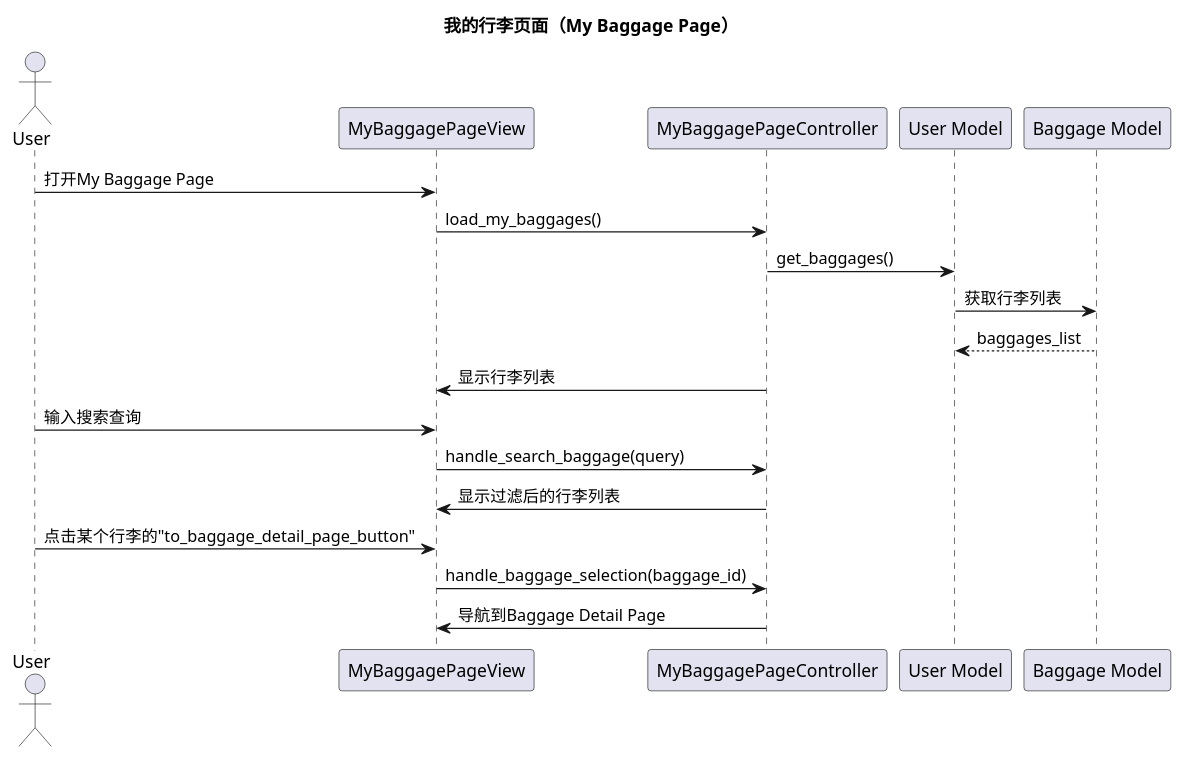
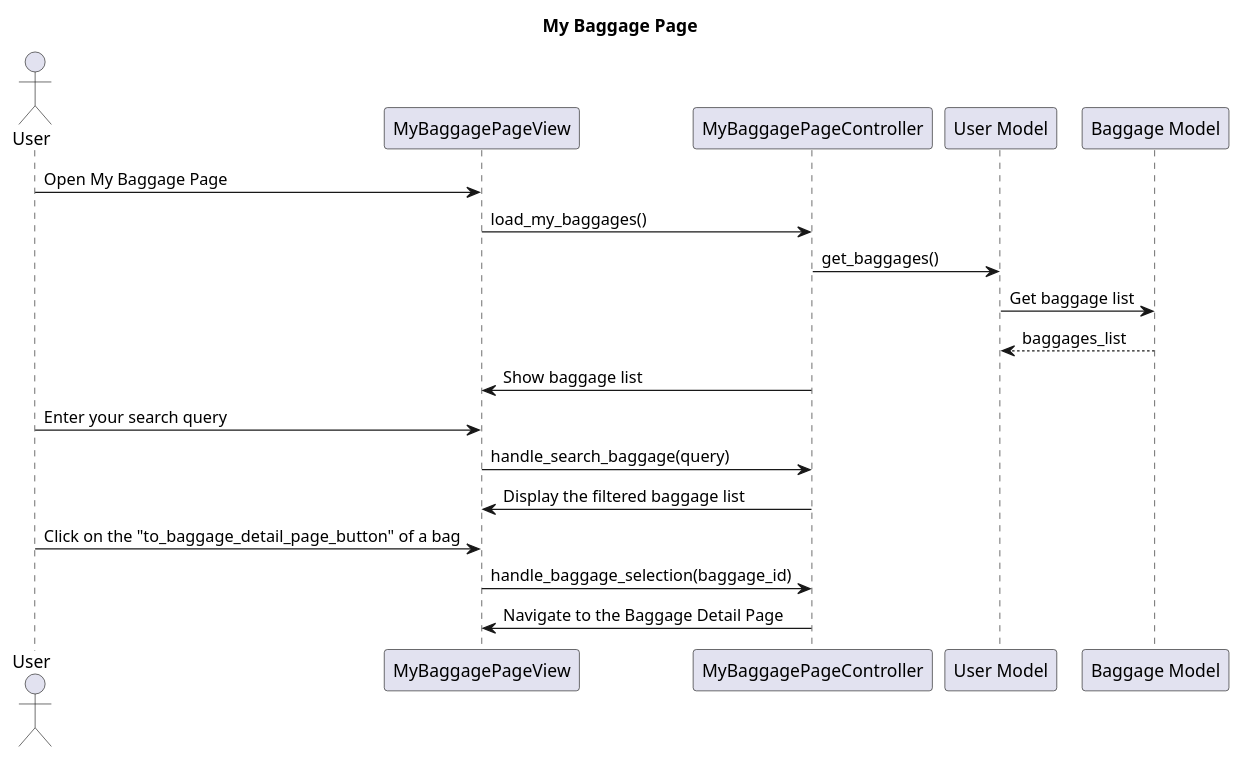
Diagram 13 of 16 in planning/class_diagrams.md (violeteye1234/group23_COMPS350F), drawn with PlantUML before and after one commit. The commit also changed other lines of this file, not shown here.

````diff
--- a/planning/class_diagrams.md
+++ b/planning/class_diagrams.md
@@ -391,24 +391,24 @@
 ```plantuml
 @startuml
-title 我的行李页面（My Baggage Page）
+title My Baggage Page
 
 actor User
 participant "MyBaggagePageView" as View
 participant "MyBaggagePageController" as Controller
 participant "User Model" as UserModel
 participant "Baggage Model" as BaggageModel
 
-User -> View: 打开My Baggage Page
+User -> View: Open My Baggage Page
 View -> Controller: load_my_baggages()
 Controller -> UserModel: get_baggages()
-UserModel -> BaggageModel: 获取行李列表
+UserModel -> BaggageModel: Get baggage list
 BaggageModel --> UserModel: baggages_list
-Controller -> View: 显示行李列表
-User -> View: 输入搜索查询
+Controller -> View: Show baggage list
+User -> View: Enter your search query
 View -> Controller: handle_search_baggage(query)
-Controller -> View: 显示过滤后的行李列表
-User -> View: 点击某个行李的"to_baggage_detail_page_button"
+Controller -> View: Display the filtered baggage list
+User -> View: Click on the "to_baggage_detail_page_button" of a bag
 View -> Controller: handle_baggage_selection(baggage_id)
-Controller -> View: 导航到Baggage Detail Page
+Controller -> View: Navigate to the Baggage Detail Page
 @enduml
 ```
````
